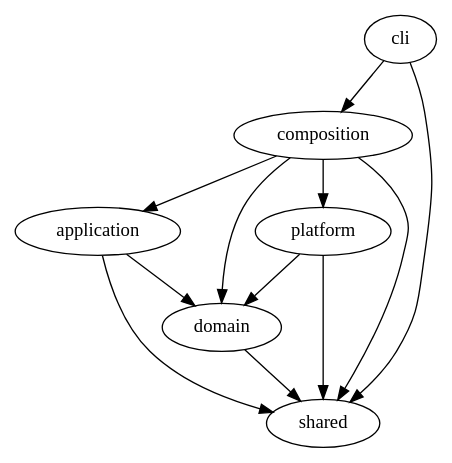
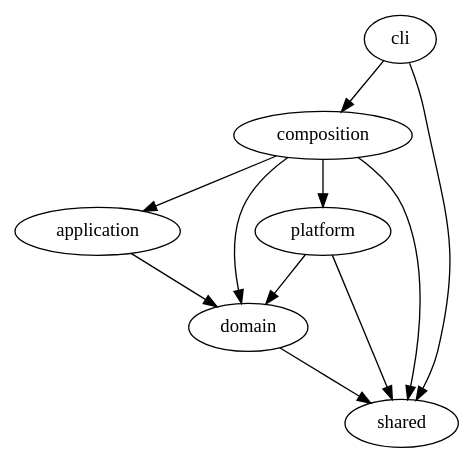
One commit to constatza/dl-experiments changed the diagram in docs/neuralls/diagrams/overview.dot. Above: the diagram before and after it, drawn with Graphviz. The commit also changed 6 other files, not shown here.

First line of the commit message:
docs(neuralls): regenerate dependency graphs from current source

```diff
--- a/docs/neuralls/diagrams/overview.dot
+++ b/docs/neuralls/diagrams/overview.dot
@@ -1,19 +1,18 @@
 digraph {
 "neuralls.application" [label="application"];
 "neuralls.cli" [label="cli"];
 "neuralls.composition" [label="composition"];
 "neuralls.domain" [label="domain"];
 "neuralls.platform" [label="platform"];
 "neuralls.shared" [label="shared"];
 "neuralls.application" -> "neuralls.domain";
-"neuralls.application" -> "neuralls.shared";
 "neuralls.cli" -> "neuralls.composition";
 "neuralls.cli" -> "neuralls.shared";
 "neuralls.composition" -> "neuralls.application";
 "neuralls.composition" -> "neuralls.domain";
 "neuralls.composition" -> "neuralls.platform";
 "neuralls.composition" -> "neuralls.shared";
 "neuralls.domain" -> "neuralls.shared";
 "neuralls.platform" -> "neuralls.domain";
 "neuralls.platform" -> "neuralls.shared";
 }
```
